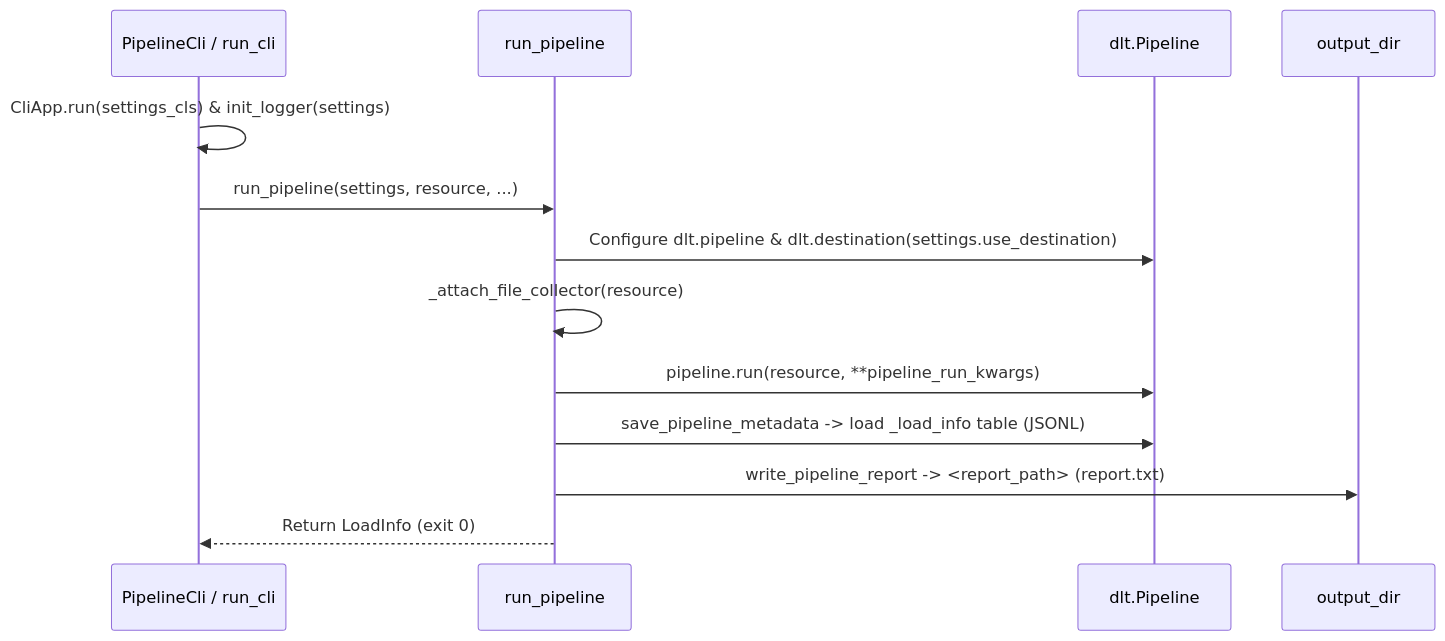
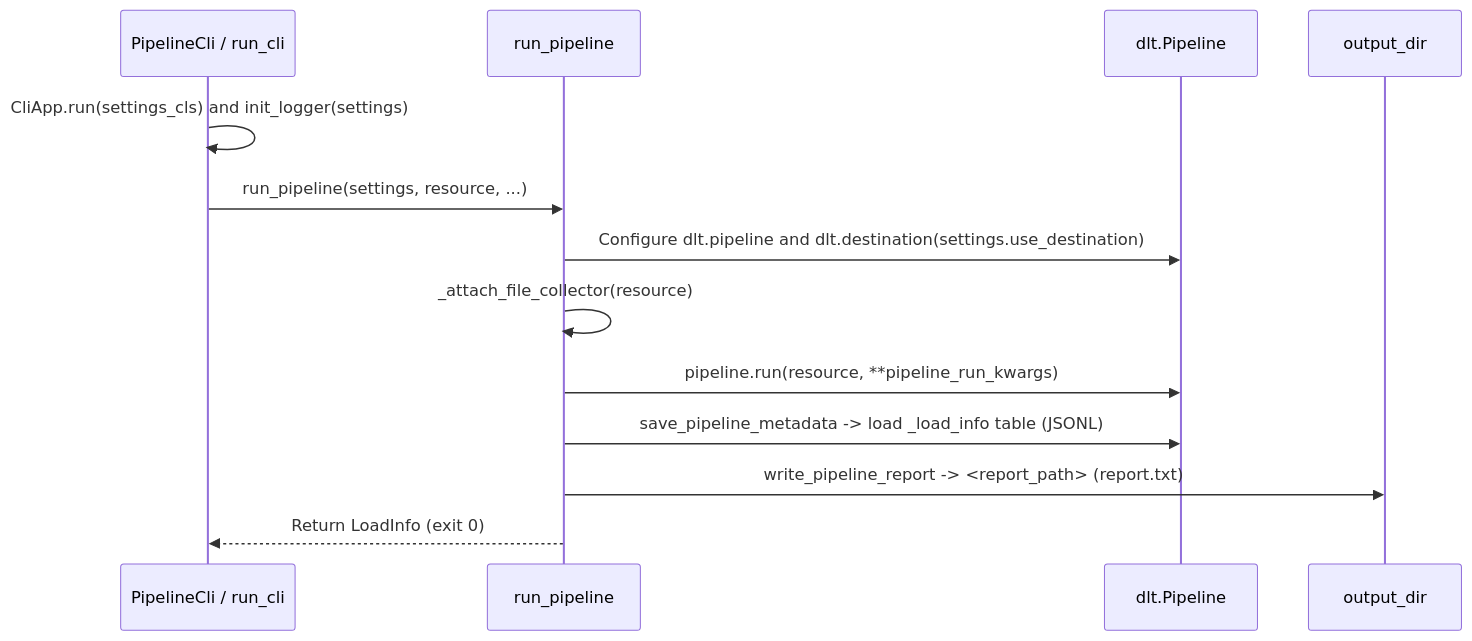
One commit to kbase/cdm-data-loaders changed the second of 2 diagrams in docs/core_cts_execution.md. Above: the diagram before and after it, drawn with Mermaid. The commit also changed other lines of this file and 48 other files, not shown here.

Commit message:
putting the xsv config metaschema up on the docs site and changing the source code to pull it in. Updating docs.

````diff
--- a/docs/core_cts_execution.md
+++ b/docs/core_cts_execution.md
@@ -284,16 +284,16 @@
 ```mermaid
 sequenceDiagram
     participant CLI as PipelineCli / run_cli
     participant Core as run_pipeline
     participant DLT as dlt.Pipeline
     participant Out as output_dir
 
-    CLI->>CLI: CliApp.run(settings_cls) & init_logger(settings)
+    CLI->>CLI: CliApp.run(settings_cls) and init_logger(settings)
     CLI->>Core: run_pipeline(settings, resource, ...)
-    Core->>DLT: Configure dlt.pipeline & dlt.destination(settings.use_destination)
+    Core->>DLT: Configure dlt.pipeline and dlt.destination(settings.use_destination)
     Core->>Core: _attach_file_collector(resource)
     Core->>DLT: pipeline.run(resource, **pipeline_run_kwargs)
     Core->>DLT: save_pipeline_metadata -> load _load_info table (JSONL)
     Core->>Out: write_pipeline_report -> <report_path> (report.txt)
     Core-->>CLI: Return LoadInfo (exit 0)
 ```
````
